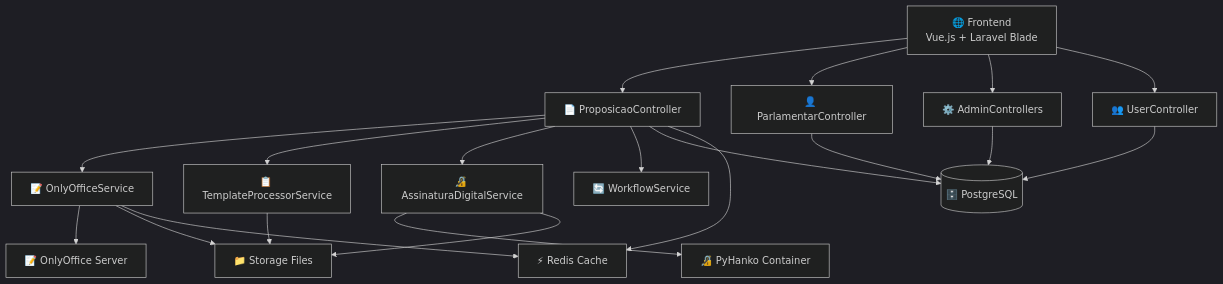
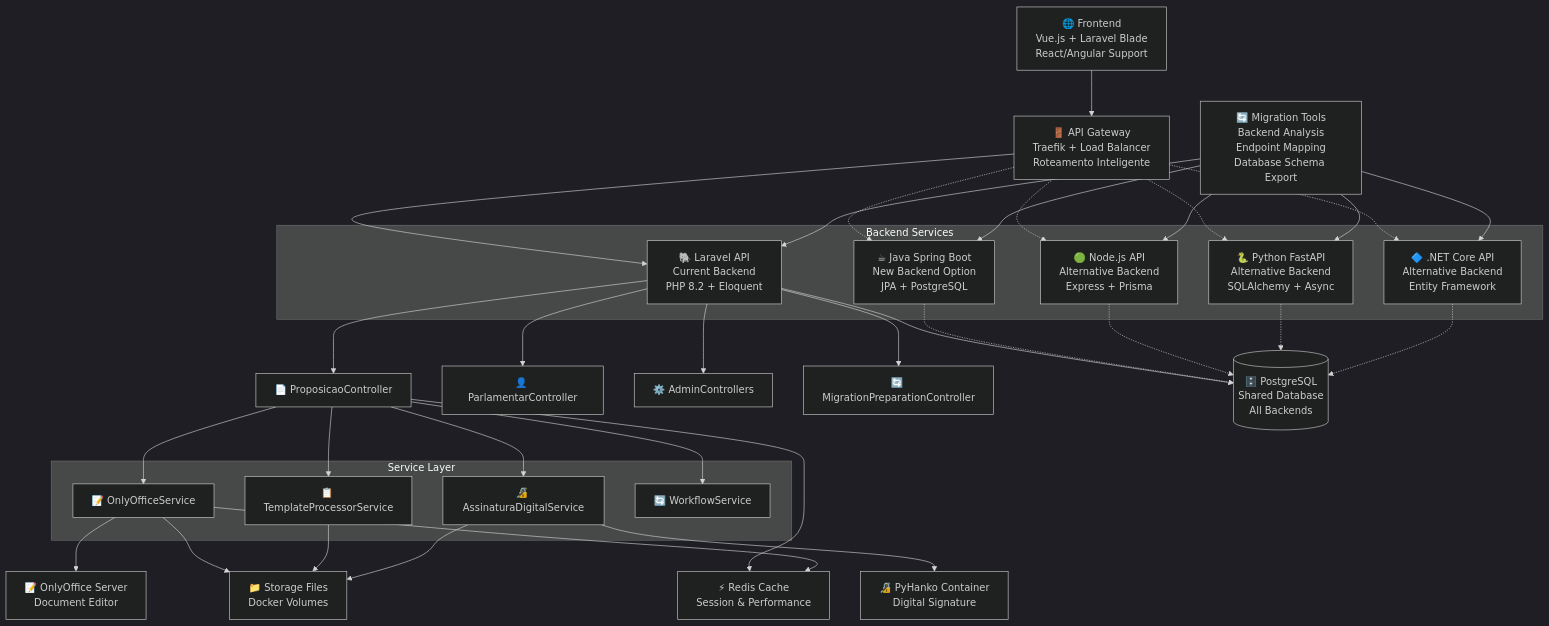
The first of 11 diagrams in docs/project-overview.md (rangelbruno/legisinc-v3), drawn with Mermaid (dark theme) before and after one commit. The commit also changed other lines of this file and 6 other files, not shown here.

Commit message:
docs(architecture): Added documentation for the new project architecture

````diff
--- a/docs/project-overview.md
+++ b/docs/project-overview.md
@@ -9,47 +9,81 @@
 ```mermaid
 graph TB
     %% Frontend Layer
-    FRONTEND["🌐 Frontend<br/>Vue.js + Laravel Blade"]
+    FRONTEND["🌐 Frontend<br/>Vue.js + Laravel Blade<br/>React/Angular Support"]
 
-    %% Main Controllers
+    %% Gateway Layer
+    GATEWAY["🚪 API Gateway<br/>Traefik + Load Balancer<br/>Roteamento Inteligente"]
+
+    %% Backend Options (Current + New)
+    subgraph "Backend Services"
+        LARAVEL["🐘 Laravel API<br/>Current Backend<br/>PHP 8.2 + Eloquent"]
+        JAVA["☕ Java Spring Boot<br/>New Backend Option<br/>JPA + PostgreSQL"]
+        NODE["🟢 Node.js API<br/>Alternative Backend<br/>Express + Prisma"]
+        PYTHON["🐍 Python FastAPI<br/>Alternative Backend<br/>SQLAlchemy + Async"]
+        DOTNET["🔷 .NET Core API<br/>Alternative Backend<br/>Entity Framework"]
+    end
+
+    %% Migration Tools
+    MIGRATION["🔄 Migration Tools<br/>Backend Analysis<br/>Endpoint Mapping<br/>Database Schema Export"]
+
+    %% Main Controllers (Laravel Legacy)
     PC["📄 ProposicaoController"]
     PLC["👤 ParlamentarController"]
     AC["⚙️ AdminControllers"]
-    UC["👥 UserController"]
+    MPC["🔄 MigrationPreparationController"]
 
-    %% Services
-    OOS["📝 OnlyOfficeService"]
-    TPS["📋 TemplateProcessorService"]
-    ADS["🔏 AssinaturaDigitalService"]
-    WFS["🔄 WorkflowService"]
+    %% Services Layer
+    subgraph "Service Layer"
+        OOS["📝 OnlyOfficeService"]
+        TPS["📋 TemplateProcessorService"]
+        ADS["🔏 AssinaturaDigitalService"]
+        WFS["🔄 WorkflowService"]
+    end
 
     %% Data & Storage
-    DB[("🗄️ PostgreSQL")]
-    STORAGE["📁 Storage Files"]
-    CACHE["⚡ Redis Cache"]
+    DB[("🗄️ PostgreSQL<br/>Shared Database<br/>All Backends")]
+    STORAGE["📁 Storage Files<br/>Docker Volumes"]
+    CACHE["⚡ Redis Cache<br/>Session & Performance"]
 
     %% External Services
-    ONLY["📝 OnlyOffice Server"]
-    PYHANKO["🔏 PyHanko Container"]
+    ONLY["📝 OnlyOffice Server<br/>Document Editor"]
+    PYHANKO["🔏 PyHanko Container<br/>Digital Signature"]
 
-    %% Connections
-    FRONTEND --> PC
-    FRONTEND --> PLC
-    FRONTEND --> AC
-    FRONTEND --> UC
+    %% Network Flow
+    FRONTEND --> GATEWAY
+    GATEWAY --> LARAVEL
+    GATEWAY -.-> JAVA
+    GATEWAY -.-> NODE
+    GATEWAY -.-> PYTHON
+    GATEWAY -.-> DOTNET
+
+    %% Migration Flow
+    MIGRATION --> LARAVEL
+    MIGRATION --> JAVA
+    MIGRATION --> NODE
+    MIGRATION --> PYTHON
+    MIGRATION --> DOTNET
+
+    %% Laravel Internal (Current)
+    LARAVEL --> PC
+    LARAVEL --> PLC
+    LARAVEL --> AC
+    LARAVEL --> MPC
 
     PC --> OOS
     PC --> TPS
     PC --> ADS
     PC --> WFS
 
+    %% Shared Resources
+    LARAVEL --> DB
+    JAVA -.-> DB
+    NODE -.-> DB
+    PYTHON -.-> DB
+    DOTNET -.-> DB
+
     OOS --> ONLY
     ADS --> PYHANKO
-
-    PC --> DB
-    PLC --> DB
-    UC --> DB
-    AC --> DB
 
     OOS --> STORAGE
     TPS --> STORAGE
````
